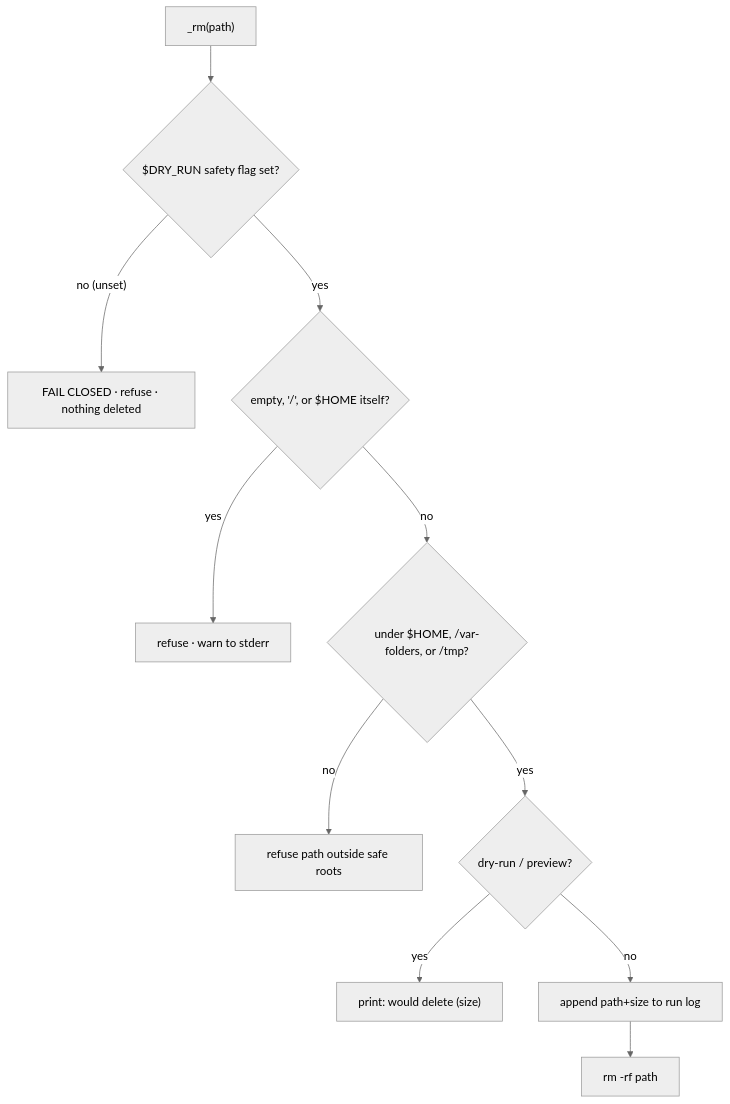
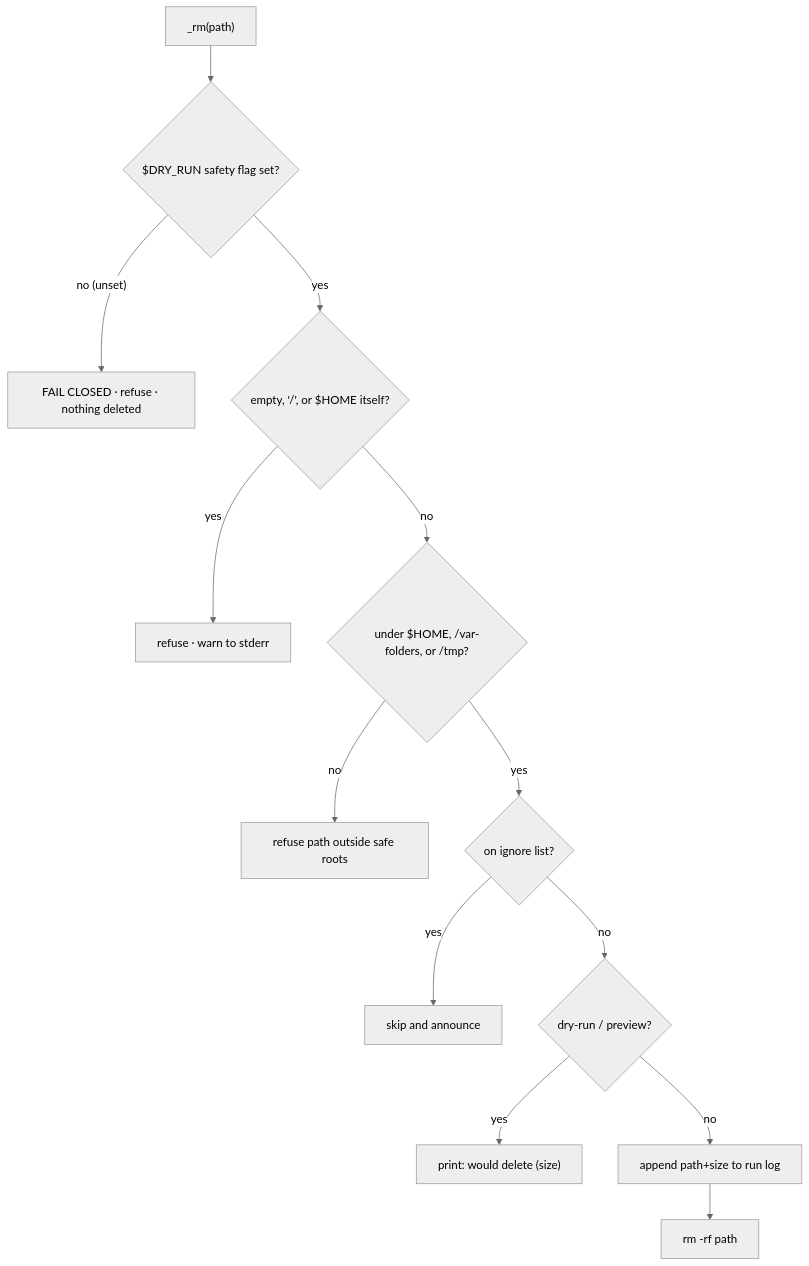
The first of 2 diagrams in docs/SAFETY.md (vishwaksena-dingari/dehoard), drawn with Mermaid (neutral theme) before and after one commit. The commit also changed other lines of this file and 10 other files, not shown here.

````diff
--- a/docs/SAFETY.md
+++ b/docs/SAFETY.md
@@ -45,12 +65,14 @@
 ```mermaid
 flowchart TD
     A["_rm(path)"] --> Z{"$DRY_RUN safety flag set?"}
     Z -- "no (unset)" --> R0[FAIL CLOSED · refuse · nothing deleted]
     Z -- yes --> B{"empty, '/', or $HOME itself?"}
     B -- yes --> R1[refuse · warn to stderr]
     B -- no --> C{"under $HOME, /var-folders, or /tmp?"}
     C -- no --> R2[refuse path outside safe roots]
-    C -- yes --> D{dry-run / preview?}
+    C -- yes --> IG{"on ignore list?"}
+    IG -- yes --> R3[skip and announce]
+    IG -- no --> D{dry-run / preview?}
     D -- yes --> P["print: would delete (size)"]
     D -- no --> E[append path+size to run log] --> F["rm -rf path"]
 ```
````
